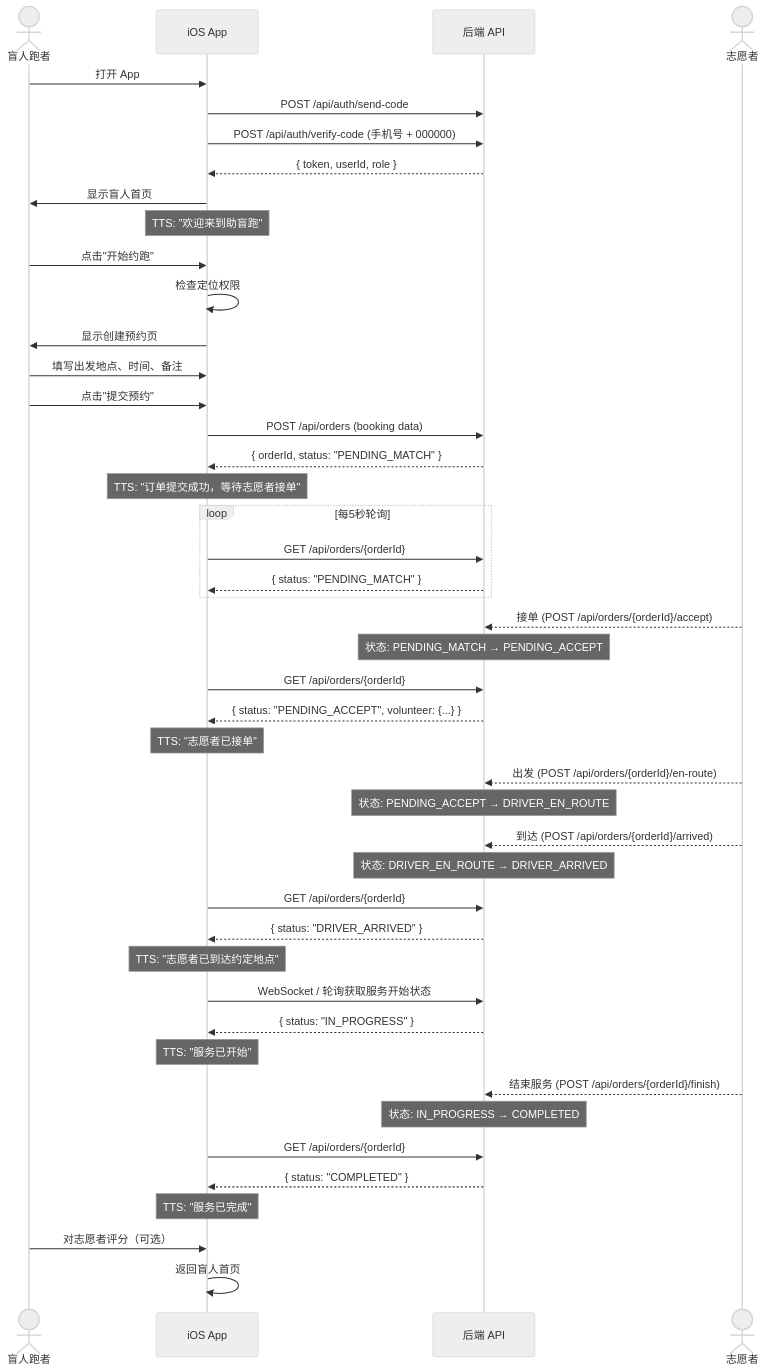
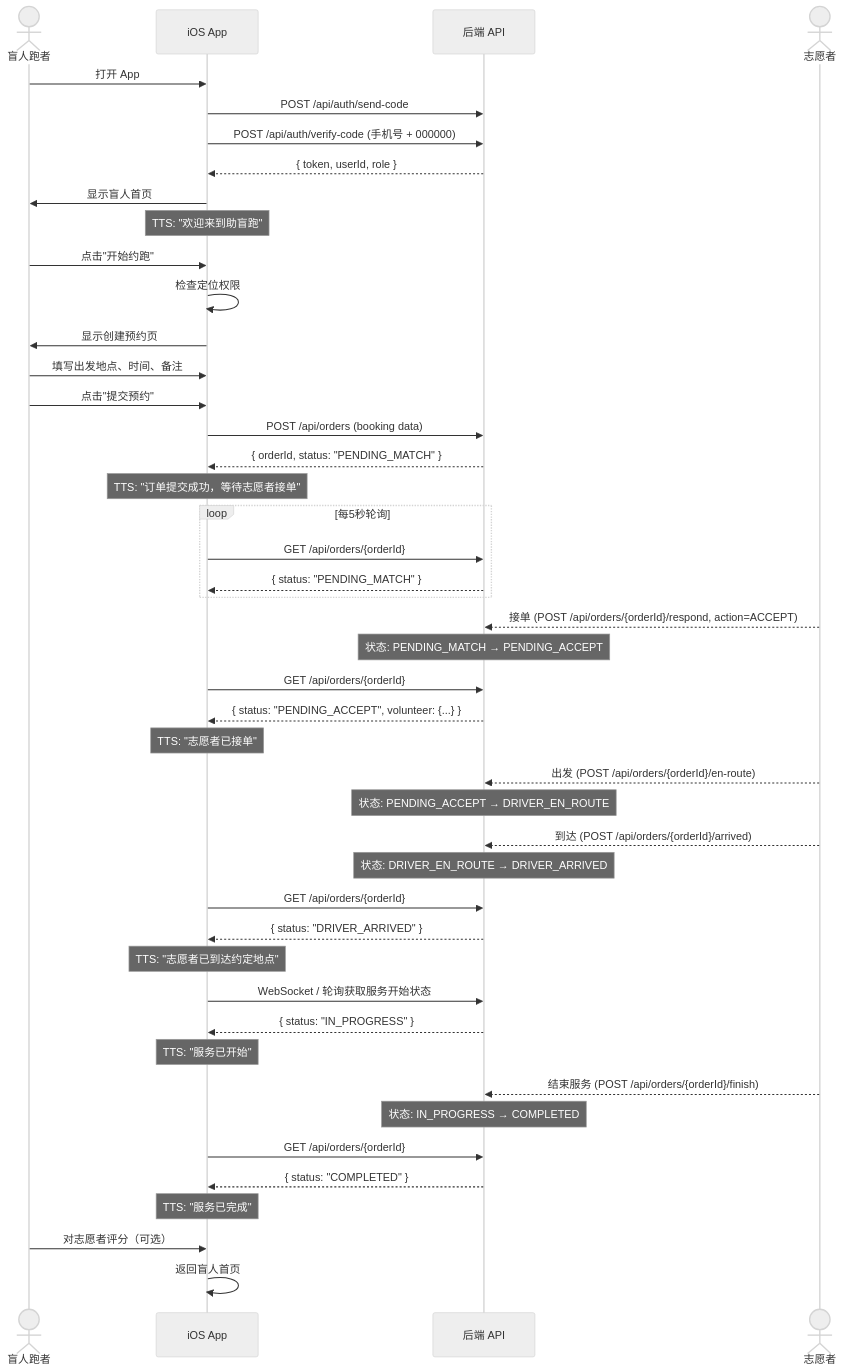
The third of 7 diagrams in docs/04-user-flows-and-state-machine.md (Jayden23018/blind-run-ios), drawn with Mermaid (neutral theme) before and after one commit. The commit also changed other lines of this file and 17 other files, not shown here.

````diff
--- a/docs/04-user-flows-and-state-machine.md
+++ b/docs/04-user-flows-and-state-machine.md
@@ -121,60 +121,60 @@
 ```mermaid
 sequenceDiagram
     actor BR as 盲人跑者
     participant App as iOS App
     participant API as 后端 API
     actor VOL as 志愿者
 
     BR->>App: 打开 App
     App->>API: POST /api/auth/send-code
     App->>API: POST /api/auth/verify-code (手机号 + 000000)
     API-->>App: { token, userId, role }
     App->>BR: 显示盲人首页
     Note over App: TTS: "欢迎来到助盲跑"
 
     BR->>App: 点击"开始约跑"
     App->>App: 检查定位权限
     App->>BR: 显示创建预约页
 
     BR->>App: 填写出发地点、时间、备注
     BR->>App: 点击"提交预约"
     App->>API: POST /api/orders (booking data)
     API-->>App: { orderId, status: "PENDING_MATCH" }
     Note over App: TTS: "订单提交成功，等待志愿者接单"
 
     loop 每5秒轮询
         App->>API: GET /api/orders/{orderId}
         API-->>App: { status: "PENDING_MATCH" }
     end
 
-    VOL-->>API: 接单 (POST /api/orders/{orderId}/accept)
+    VOL-->>API: 接单 (POST /api/orders/{orderId}/respond, action=ACCEPT)
     Note over API: 状态: PENDING_MATCH → PENDING_ACCEPT
 
     App->>API: GET /api/orders/{orderId}
     API-->>App: { status: "PENDING_ACCEPT", volunteer: {...} }
     Note over App: TTS: "志愿者已接单"
 
     VOL-->>API: 出发 (POST /api/orders/{orderId}/en-route)
     Note over API: 状态: PENDING_ACCEPT → DRIVER_EN_ROUTE
 
     VOL-->>API: 到达 (POST /api/orders/{orderId}/arrived)
     Note over API: 状态: DRIVER_EN_ROUTE → DRIVER_ARRIVED
 
     App->>API: GET /api/orders/{orderId}
     API-->>App: { status: "DRIVER_ARRIVED" }
     Note over App: TTS: "志愿者已到达约定地点"
 
     App->>API: WebSocket / 轮询获取服务开始状态
     API-->>App: { status: "IN_PROGRESS" }
     Note over App: TTS: "服务已开始"
 
     VOL-->>API: 结束服务 (POST /api/orders/{orderId}/finish)
     Note over API: 状态: IN_PROGRESS → COMPLETED
 
     App->>API: GET /api/orders/{orderId}
     API-->>App: { status: "COMPLETED" }
     Note over App: TTS: "服务已完成"
 
     BR->>App: 对志愿者评分（可选）
     App->>App: 返回盲人首页
 ```
````
